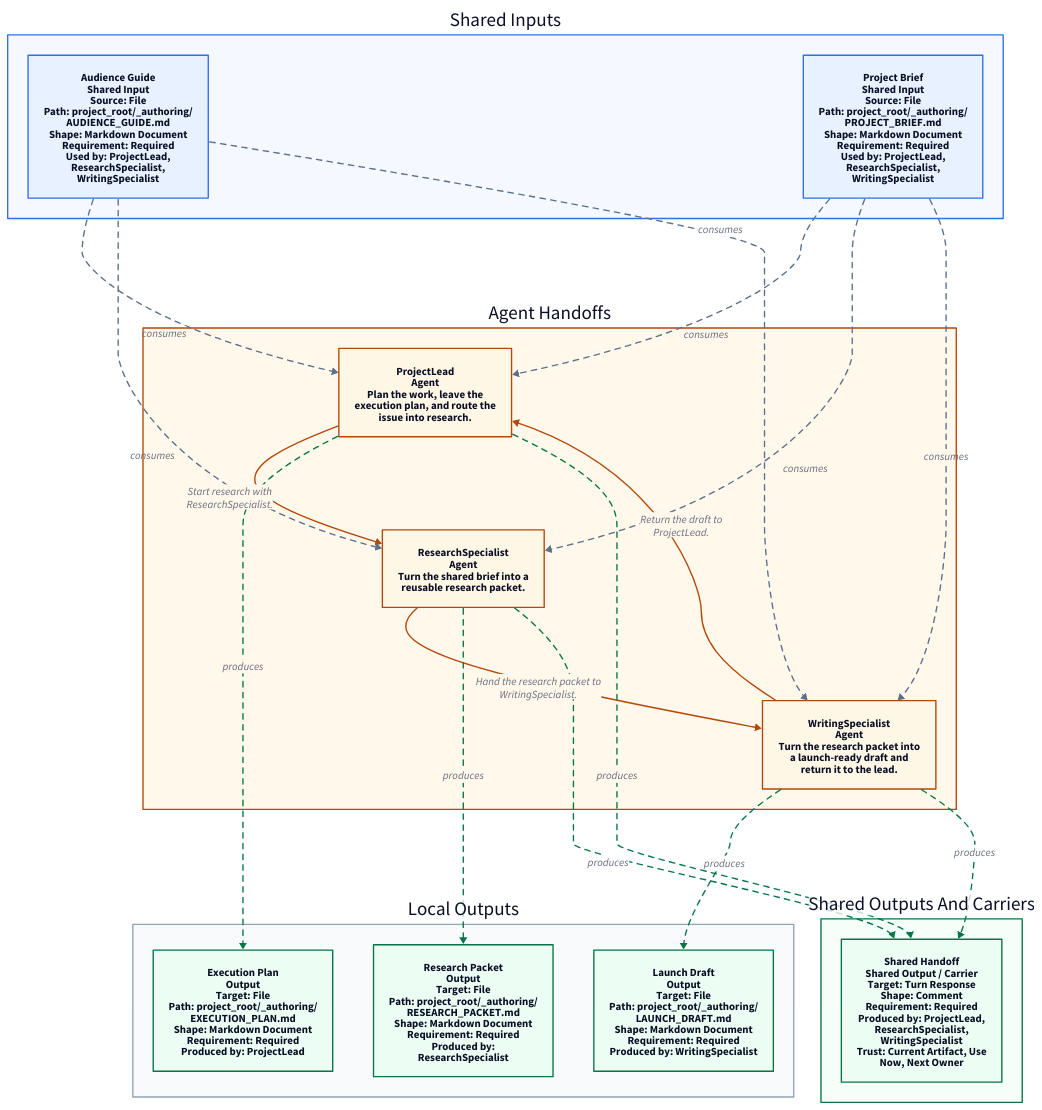
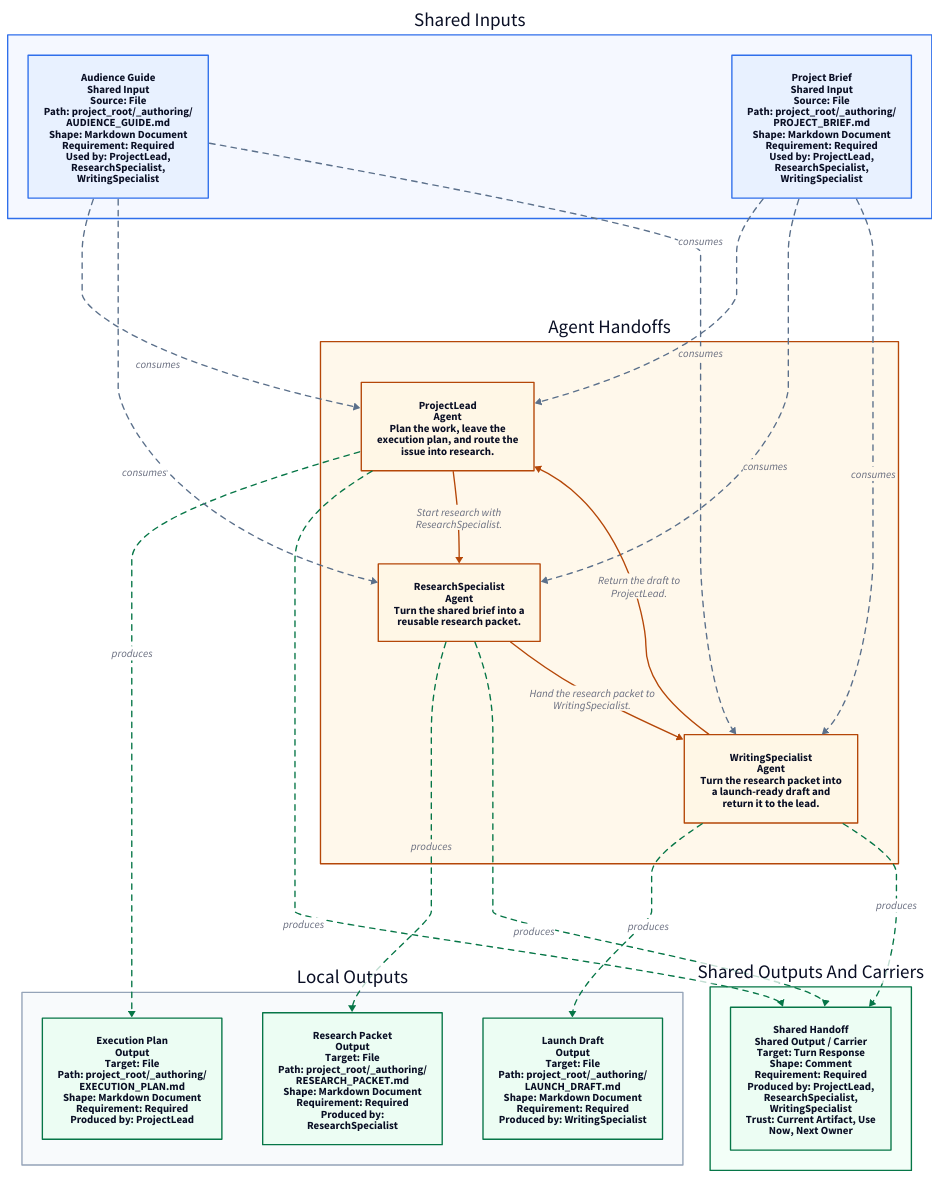
One commit to aelaguiz/doctrine changed the diagram in examples/73_flow_visualizer_showcase/build_ref/AGENTS.flow.d2. Above: the diagram before and after it, drawn with D2. The commit also changed 11 other files, not shown here.

Commit message:
feat: render flow visualizer as route-first lanes

```diff
--- a/examples/73_flow_visualizer_showcase/build_ref/AGENTS.flow.d2
+++ b/examples/73_flow_visualizer_showcase/build_ref/AGENTS.flow.d2
@@ -2,7 +2,7 @@
 
 shared_inputs: {
   label: "Shared Inputs"
-  direction: right
+  direction: down
   style: {
     fill: "#F5F8FF"
     stroke: "#2F6FEB"
@@ -28,42 +28,50 @@
 
 agent_handoffs: {
   label: "Agent Handoffs"
-  direction: right
+  direction: down
   style: {
     fill: "#FFF8EB"
     stroke: "#B54708"
   }
-  agent_projectlead: {
-    label: "ProjectLead\nAgent\nPlan the work, leave the\nexecution plan, and route the\nissue into research."
-    shape: rectangle
+  primary_lane: {
+    label: ""
+    direction: down
     style: {
-      fill: "#FFF7E6"
-      stroke: "#B54708"
+      fill: "transparent"
+      stroke: "transparent"
     }
-  }
+    agent_projectlead: {
+      label: "ProjectLead\nAgent\nPlan the work, leave the\nexecution plan, and route the\nissue into research."
+      shape: rectangle
+      style: {
+        fill: "#FFF7E6"
+        stroke: "#B54708"
+      }
+    }
 
-  agent_researchspecialist: {
-    label: "ResearchSpecialist\nAgent\nTurn the shared brief into a\nreusable research packet."
-    shape: rectangle
-    style: {
-      fill: "#FFF7E6"
-      stroke: "#B54708"
+    agent_researchspecialist: {
+      label: "ResearchSpecialist\nAgent\nTurn the shared brief into a\nreusable research packet."
+      shape: rectangle
+      style: {
+        fill: "#FFF7E6"
+        stroke: "#B54708"
+      }
     }
-  }
 
-  agent_writingspecialist: {
-    label: "WritingSpecialist\nAgent\nTurn the research packet into\na launch-ready draft and\nreturn it to the lead."
-    shape: rectangle
-    style: {
-      fill: "#FFF7E6"
-      stroke: "#B54708"
+    agent_writingspecialist: {
+      label: "WritingSpecialist\nAgent\nTurn the research packet into\na launch-ready draft and\nreturn it to the lead."
+      shape: rectangle
+      style: {
+        fill: "#FFF7E6"
+        stroke: "#B54708"
+      }
     }
   }
 }
 
 shared_outputs_and_carriers: {
   label: "Shared Outputs And Carriers"
-  direction: right
+  direction: down
   style: {
     fill: "#F3FFF8"
     stroke: "#067647"
@@ -80,13 +88,22 @@
 
 local_outputs: {
   label: "Local Outputs"
-  direction: right
+  direction: down
   style: {
     fill: "#F8FAFC"
     stroke: "#94A3B8"
   }
   output_executionplan: {
     label: "Execution Plan\nOutput\nTarget: File\nPath: project_root/_authoring/\nEXECUTION_PLAN.md\nShape: Markdown Document\nRequirement: Required\nProduced by: ProjectLead"
+    shape: rectangle
+    style: {
+      fill: "#ECFDF3"
+      stroke: "#067647"
+    }
+  }
+
+  output_researchpacket: {
+    label: "Research Packet\nOutput\nTarget: File\nPath: project_root/_authoring/\nRESEARCH_PACKET.md\nShape: Markdown Document\nRequirement: Required\nProduced by:\nResearchSpecialist"
     shape: rectangle
     style: {
       fill: "#ECFDF3"
@@ -102,39 +119,9 @@
       stroke: "#067647"
     }
   }
-
-  output_researchpacket: {
-    label: "Research Packet\nOutput\nTarget: File\nPath: project_root/_authoring/\nRESEARCH_PACKET.md\nShape: Markdown Document\nRequirement: Required\nProduced by:\nResearchSpecialist"
-    shape: rectangle
-    style: {
-      fill: "#ECFDF3"
-      stroke: "#067647"
-    }
-  }
 }
 
-agent_handoffs.agent_projectlead -> agent_handoffs.agent_researchspecialist: {
-  label: "Start research with\nResearchSpecialist."
-  style: {
-    stroke: "#B54708"
-  }
-}
-
-agent_handoffs.agent_researchspecialist -> agent_handoffs.agent_writingspecialist: {
-  label: "Hand the research packet to\nWritingSpecialist."
-  style: {
-    stroke: "#B54708"
-  }
-}
-
-agent_handoffs.agent_writingspecialist -> agent_handoffs.agent_projectlead: {
-  label: "Return the draft to\nProjectLead."
-  style: {
-    stroke: "#B54708"
-  }
-}
-
-shared_inputs.input_audienceguide -> agent_handoffs.agent_projectlead: {
+shared_inputs.input_audienceguide -> agent_handoffs.primary_lane.agent_projectlead: {
   label: "consumes"
   style: {
     stroke: "#5B708B"
@@ -142,7 +129,7 @@
   }
 }
 
-shared_inputs.input_audienceguide -> agent_handoffs.agent_researchspecialist: {
+shared_inputs.input_projectbrief -> agent_handoffs.primary_lane.agent_projectlead: {
   label: "consumes"
   style: {
     stroke: "#5B708B"
@@ -150,7 +137,30 @@
   }
 }
 
-shared_inputs.input_audienceguide -> agent_handoffs.agent_writingspecialist: {
+agent_handoffs.primary_lane.agent_projectlead -> local_outputs.output_executionplan: {
+  label: "produces"
+  style: {
+    stroke: "#067647"
+    stroke-dash: 4
+  }
+}
+
+agent_handoffs.primary_lane.agent_projectlead -> shared_outputs_and_carriers.output_sharedhandoff: {
+  label: "produces"
+  style: {
+    stroke: "#067647"
+    stroke-dash: 4
+  }
+}
+
+agent_handoffs.primary_lane.agent_projectlead -> agent_handoffs.primary_lane.agent_researchspecialist: {
+  label: "Start research with\nResearchSpecialist."
+  style: {
+    stroke: "#B54708"
+  }
+}
+
+shared_inputs.input_audienceguide -> agent_handoffs.primary_lane.agent_researchspecialist: {
   label: "consumes"
   style: {
     stroke: "#5B708B"
@@ -158,7 +168,7 @@
   }
 }
 
-shared_inputs.input_projectbrief -> agent_handoffs.agent_projectlead: {
+shared_inputs.input_projectbrief -> agent_handoffs.primary_lane.agent_researchspecialist: {
   label: "consumes"
   style: {
     stroke: "#5B708B"
@@ -166,7 +176,30 @@
   }
 }
 
-shared_inputs.input_projectbrief -> agent_handoffs.agent_researchspecialist: {
+agent_handoffs.primary_lane.agent_researchspecialist -> local_outputs.output_researchpacket: {
+  label: "produces"
+  style: {
+    stroke: "#067647"
+    stroke-dash: 4
+  }
+}
+
+agent_handoffs.primary_lane.agent_researchspecialist -> shared_outputs_and_carriers.output_sharedhandoff: {
+  label: "produces"
+  style: {
+    stroke: "#067647"
+    stroke-dash: 4
+  }
+}
+
+agent_handoffs.primary_lane.agent_researchspecialist -> agent_handoffs.primary_lane.agent_writingspecialist: {
+  label: "Hand the research packet to\nWritingSpecialist."
+  style: {
+    stroke: "#B54708"
+  }
+}
+
+shared_inputs.input_audienceguide -> agent_handoffs.primary_lane.agent_writingspecialist: {
   label: "consumes"
   style: {
     stroke: "#5B708B"
@@ -174,7 +207,7 @@
   }
 }
 
-shared_inputs.input_projectbrief -> agent_handoffs.agent_writingspecialist: {
+shared_inputs.input_projectbrief -> agent_handoffs.primary_lane.agent_writingspecialist: {
   label: "consumes"
   style: {
     stroke: "#5B708B"
@@ -182,7 +215,7 @@
   }
 }
 
-agent_handoffs.agent_projectlead -> local_outputs.output_executionplan: {
+agent_handoffs.primary_lane.agent_writingspecialist -> local_outputs.output_launchdraft: {
   label: "produces"
   style: {
     stroke: "#067647"
@@ -190,7 +223,7 @@
   }
 }
 
-agent_handoffs.agent_projectlead -> shared_outputs_and_carriers.output_sharedhandoff: {
+agent_handoffs.primary_lane.agent_writingspecialist -> shared_outputs_and_carriers.output_sharedhandoff: {
   label: "produces"
   style: {
     stroke: "#067647"
@@ -198,34 +231,9 @@
   }
 }
 
-agent_handoffs.agent_researchspecialist -> local_outputs.output_researchpacket: {
-  label: "produces"
+agent_handoffs.primary_lane.agent_writingspecialist -> agent_handoffs.primary_lane.agent_projectlead: {
+  label: "Return the draft to\nProjectLead."
   style: {
-    stroke: "#067647"
-    stroke-dash: 4
+    stroke: "#B54708"
   }
 }
-
-agent_handoffs.agent_researchspecialist -> shared_outputs_and_carriers.output_sharedhandoff: {
-  label: "produces"
-  style: {
-    stroke: "#067647"
-    stroke-dash: 4
-  }
-}
-
-agent_handoffs.agent_writingspecialist -> local_outputs.output_launchdraft: {
-  label: "produces"
-  style: {
-    stroke: "#067647"
-    stroke-dash: 4
-  }
-}
-
-agent_handoffs.agent_writingspecialist -> shared_outputs_and_carriers.output_sharedhandoff: {
-  label: "produces"
-  style: {
-    stroke: "#067647"
-    stroke-dash: 4
-  }
-}
```
